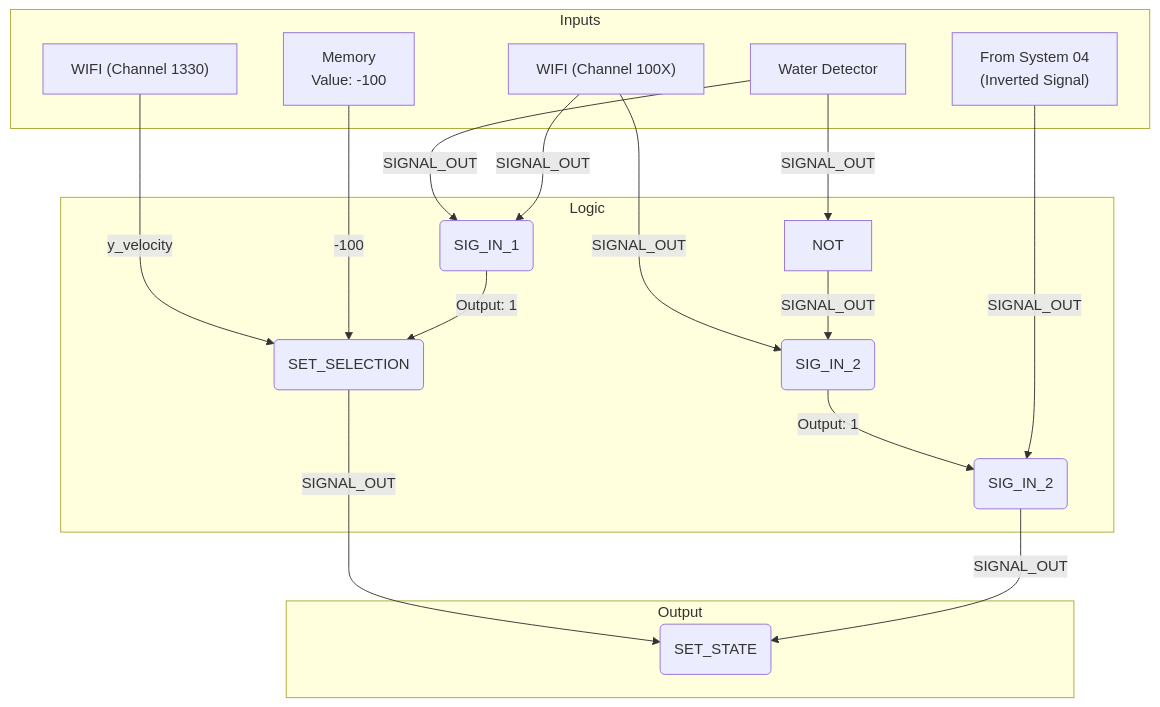
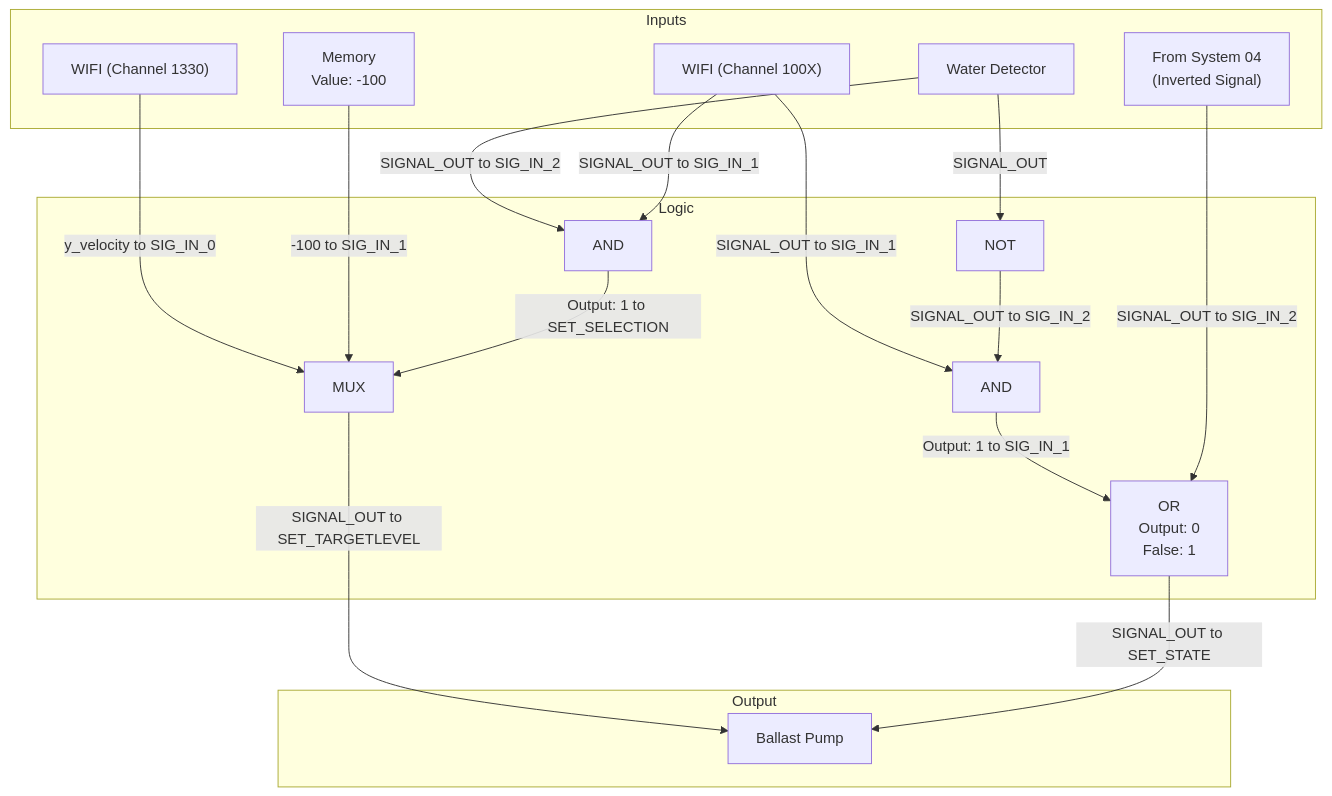
The diagram in summer_2k25_0/07-PurgeAllWater.md (Xavrax/barotrauma), drawn with Mermaid before and after one commit.

````diff
--- a/summer_2k25_0/07-PurgeAllWater.md
+++ b/summer_2k25_0/07-PurgeAllWater.md
@@ -44,42 +44,42 @@
 ```mermaid
 graph TD;
     subgraph Inputs
         WIFI_1330["WIFI (Channel 1330)"];
         WIFI_100X["WIFI (Channel 100X)"];
         WATER["Water Detector"];
         MEM["Memory<br/>Value: -100"];
         SYS04["From System 04<br/>(Inverted Signal)"];
     end
 
     subgraph Logic
         AND1["AND"];
         AND2["AND"];
         NOT1["NOT"];
         OR1["OR<br/>Output: 0<br/>False: 1"];
         MUX1["MUX"];
     end
 
     subgraph Output
         PUMP["Ballast Pump"];
     end
 
-    WIFI_1330 -- "y_velocity" --> MUX1(SIG_IN_0);
-    MEM -- "-100" --> MUX1(SIG_IN_1);
+    WIFI_1330 -- "y_velocity to SIG_IN_0" --> MUX1;
+    MEM -- "-100 to SIG_IN_1" --> MUX1;
 
-    WATER -- "SIGNAL_OUT" --> AND1(SIG_IN_2);
+    WATER -- "SIGNAL_OUT to SIG_IN_2" --> AND1;
     WATER -- "SIGNAL_OUT" --> NOT1;
     
-    WIFI_100X -- "SIGNAL_OUT" --> AND1(SIG_IN_1);
-    WIFI_100X -- "SIGNAL_OUT" --> AND2(SIG_IN_1);
+    WIFI_100X -- "SIGNAL_OUT to SIG_IN_1" --> AND1;
+    WIFI_100X -- "SIGNAL_OUT to SIG_IN_1" --> AND2;
     
-    AND1 -- "Output: 1" --> MUX1(SET_SELECTION);
+    AND1 -- "Output: 1 to SET_SELECTION" --> MUX1;
     
-    NOT1 -- "SIGNAL_OUT" --> AND2(SIG_IN_2);
+    NOT1 -- "SIGNAL_OUT to SIG_IN_2" --> AND2;
     
-    AND2 -- "Output: 1" --> OR1(SIG_IN_1);
-    SYS04 -- "SIGNAL_OUT" --> OR1(SIG_IN_2);
+    AND2 -- "Output: 1 to SIG_IN_1" --> OR1;
+    SYS04 -- "SIGNAL_OUT to SIG_IN_2" --> OR1;
     
-    MUX1 -- "SIGNAL_OUT" --> PUMP(SET_TARGETLEVEL);
-    OR1 -- "SIGNAL_OUT" --> PUMP(SET_STATE);
+    MUX1 -- "SIGNAL_OUT to SET_TARGETLEVEL" --> PUMP;
+    OR1 -- "SIGNAL_OUT to SET_STATE" --> PUMP;
 
 ```
````
